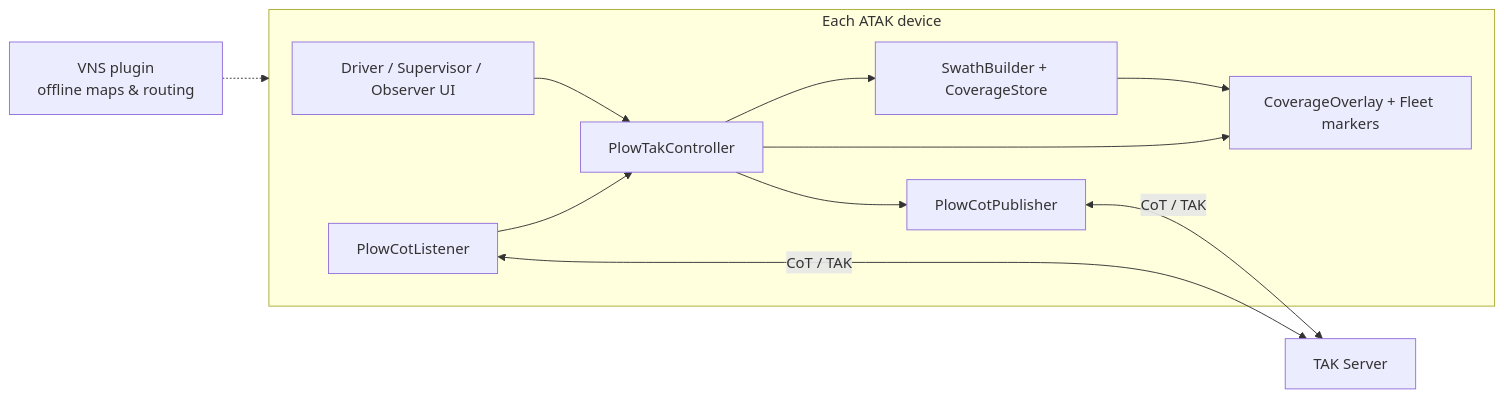
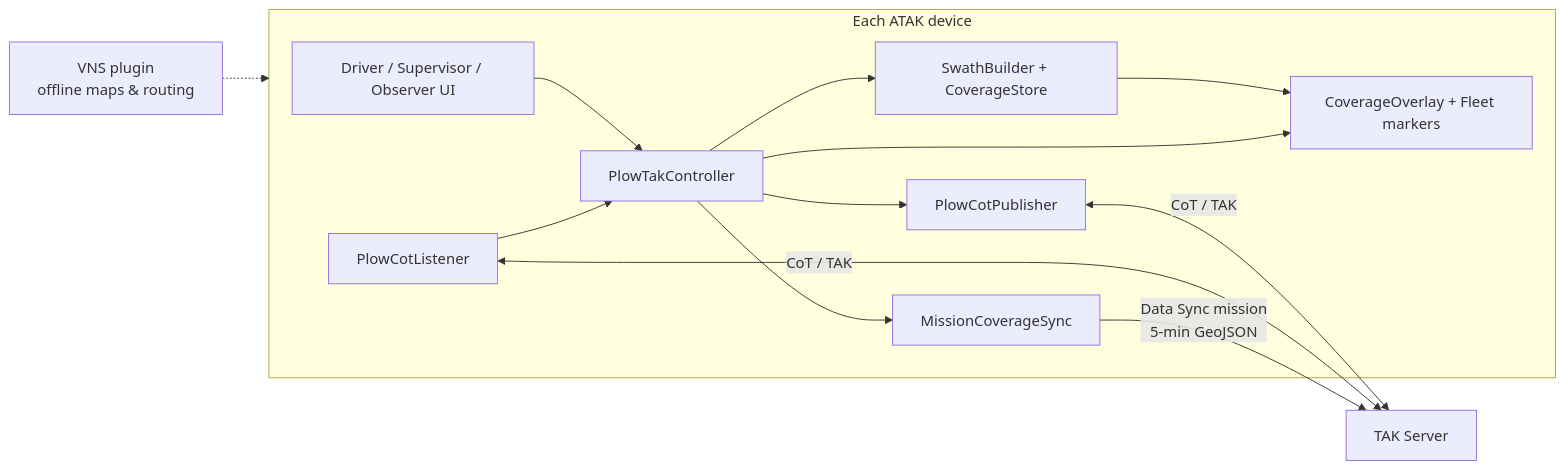
One commit to CopIXus/PlowTAK changed the first of 2 diagrams in README.md. Above: the diagram before and after it, drawn with Mermaid. The commit also changed other lines of this file and 29 other files, not shown here.

First line of the commit message:
Ship QuickPic hazards, Data Sync chunks, and remaining ops wiring.

````diff
--- a/README.md
+++ b/README.md
@@ -22,20 +22,23 @@
 ```mermaid
 flowchart LR
   subgraph Device["Each ATAK device"]
     UI["Driver / Supervisor / Observer UI"]
     Ctrl["PlowTakController"]
     Swath["SwathBuilder + CoverageStore"]
     CotPub["PlowCotPublisher"]
     CotLis["PlowCotListener"]
+    Sync["MissionCoverageSync"]
     Overlay["CoverageOverlay + Fleet markers"]
     UI --> Ctrl
     Ctrl --> Swath
     Ctrl --> CotPub
+    Ctrl --> Sync
     CotLis --> Ctrl
     Swath --> Overlay
     Ctrl --> Overlay
   end
   CotPub <-->|"CoT / TAK"| TAK["TAK Server"]
   CotLis <-->|"CoT / TAK"| TAK
+  Sync -->|"Data Sync mission<br/>5-min GeoJSON"| TAK
   VNS["VNS plugin<br/>offline maps & routing"] -.-> Device
 ```
````
